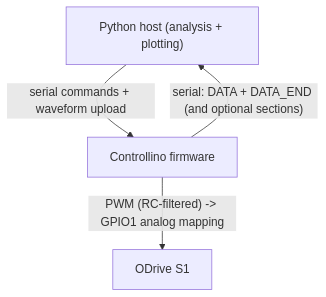
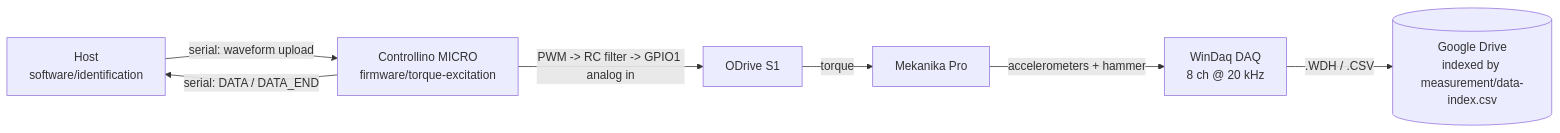
One commit to refaqt/aqtuator changed the diagram in docs/architecture.md. Above: the diagram before and after it, drawn with Mermaid. The commit also changed other lines of this file and 52 other files, not shown here.

````diff
--- a/docs/architecture.md
+++ b/docs/architecture.md
@@ -56,6 +35,15 @@
 ```mermaid
-flowchart TD
-  Python["Python host (analysis + plotting)"] -->|"serial commands + waveform upload"| ControllinoFW["Controllino firmware"]
-  ControllinoFW -->|"PWM (RC-filtered) -> GPIO1 analog mapping"| ODrive["ODrive S1"]
-  ControllinoFW -->|"serial: DATA + DATA_END (and optional sections)"| Python
+flowchart LR
+  Host["Host<br/>software/identification"]
+  FW["Controllino MICRO<br/>firmware/torque-excitation"]
+  ODrive["ODrive S1"]
+  Machine["Mekanika Pro"]
+  DAQ["WinDaq DAQ<br/>8 ch @ 20 kHz"]
+
+  Host -->|"serial: waveform upload"| FW
+  FW -->|"PWM -> RC filter -> GPIO1 analog in"| ODrive
+  ODrive -->|torque| Machine
+  Machine -->|accelerometers + hammer| DAQ
+  FW -->|"serial: DATA / DATA_END"| Host
+  DAQ -->|".WDH / .CSV"| Drive[("Google Drive<br/>indexed by measurement/data-index.csv")]
 ```
````
